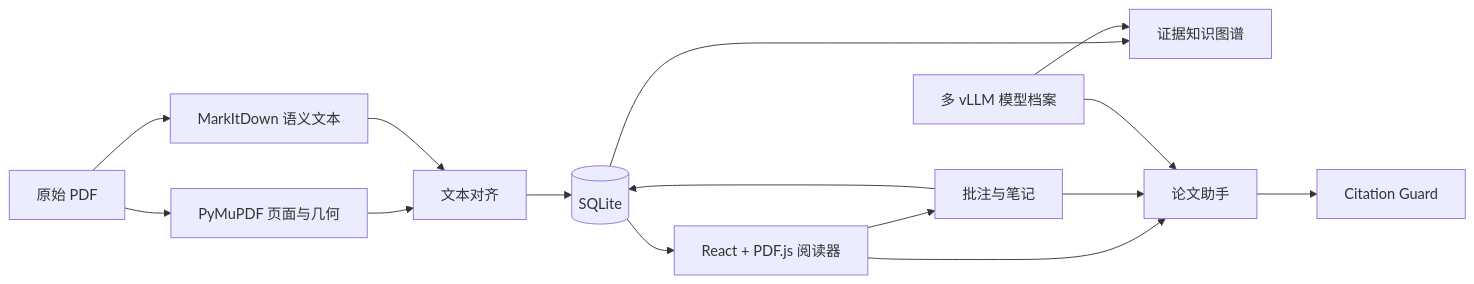
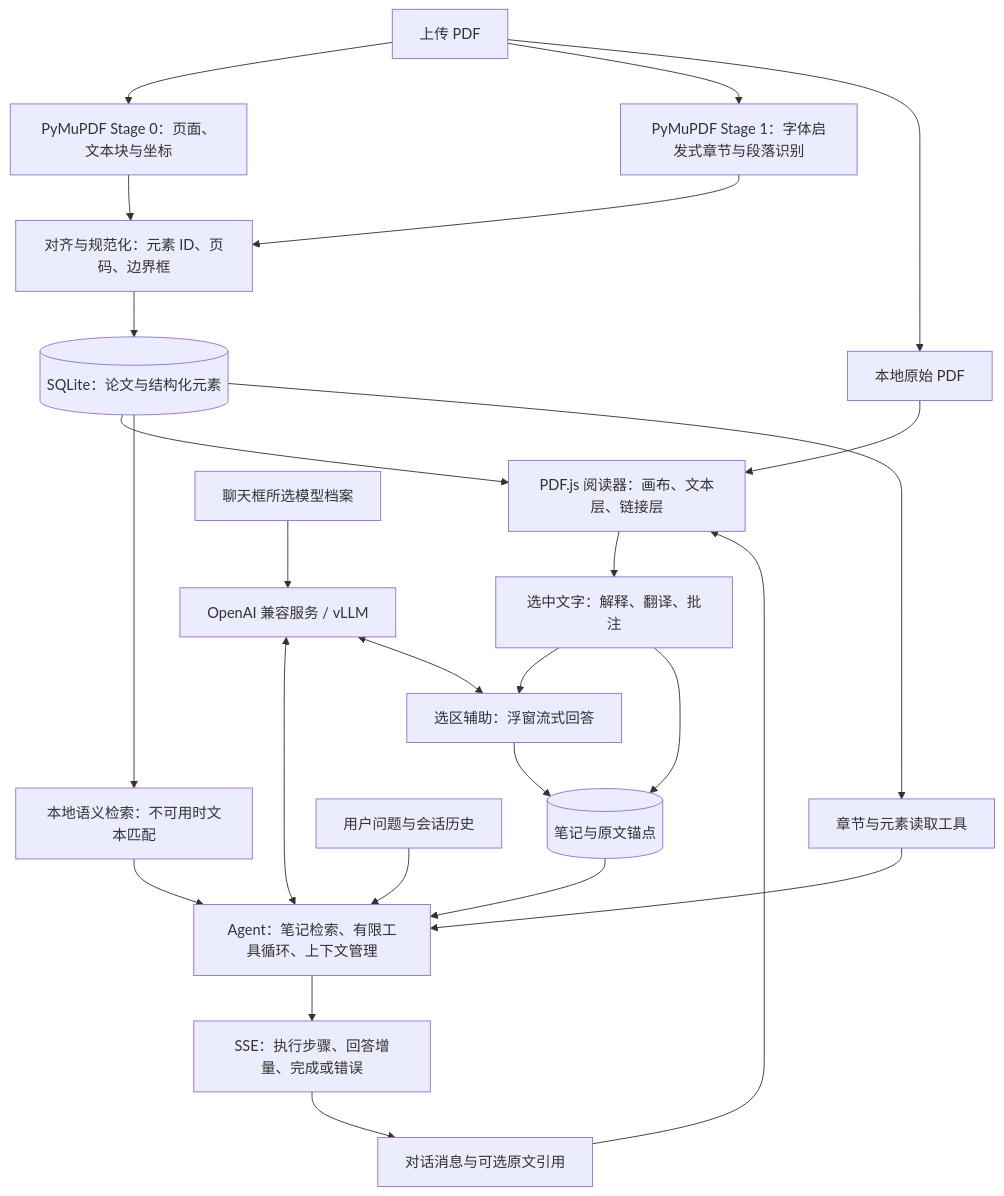
One commit to vibetony319/paper-agent changed the diagram in README.md. Above: the diagram before and after it, drawn with Mermaid. The commit also changed other lines of this file, not shown here.

Commit message:
docs: 完善中文 README 与技术路线图

````diff
--- a/README.md
+++ b/README.md
@@ -30,17 +36,30 @@
 ```mermaid
-flowchart LR
-    PDF[原始 PDF] --> P0[PyMuPDF 页面与几何]
-    PDF --> P1[MarkItDown 语义文本]
-    P0 --> Align[文本对齐]
-    P1 --> Align
-    Align --> DB[(SQLite)]
-    DB --> Reader[React + PDF.js 阅读器]
-    DB --> Graph[证据知识图谱]
-    Notes[批注与笔记] --> DB
-    Reader --> Notes
-    Reader --> Agent[论文助手]
-    Notes --> Agent
-    Profiles[多 vLLM 模型档案] --> Agent
-    Profiles --> Graph
-    Agent --> Guard[Citation Guard]
+flowchart TD
+    PDF[上传 PDF] --> S0[PyMuPDF Stage 0：页面、文本块与坐标]
+    PDF --> S1[PyMuPDF Stage 1：字体启发式章节与段落识别]
+    S0 --> ALIGN[对齐与规范化：元素 ID、页码、边界框]
+    S1 --> ALIGN
+    ALIGN --> DB[(SQLite：论文与结构化元素)]
+    PDF --> FILES[本地原始 PDF]
+    FILES --> READER[PDF.js 阅读器：画布、文本层、链接层]
+    DB --> READER
+
+    READER --> SELECT[选中文字：解释、翻译、批注]
+    SELECT --> ASSIST[选区辅助：浮窗流式回答]
+    ASSIST --> NOTES[(笔记与原文锚点)]
+    SELECT --> NOTES
+
+    DB --> SEARCH[本地语义检索：不可用时文本匹配]
+    CHAT[用户问题与会话历史] --> AGENT[Agent：笔记检索、有限工具循环、上下文管理]
+    SEARCH --> AGENT
+    NOTES --> AGENT
+    DB --> TOOLS[章节与元素读取工具]
+    TOOLS --> AGENT
+
+    PROFILE[聊天框所选模型档案] --> MODEL[OpenAI 兼容服务 / vLLM]
+    MODEL <--> AGENT
+    MODEL <--> ASSIST
+    AGENT --> SSE[SSE：执行步骤、回答增量、完成或错误]
+    SSE --> UI[对话消息与可选原文引用]
+    UI --> READER
 ```
````
